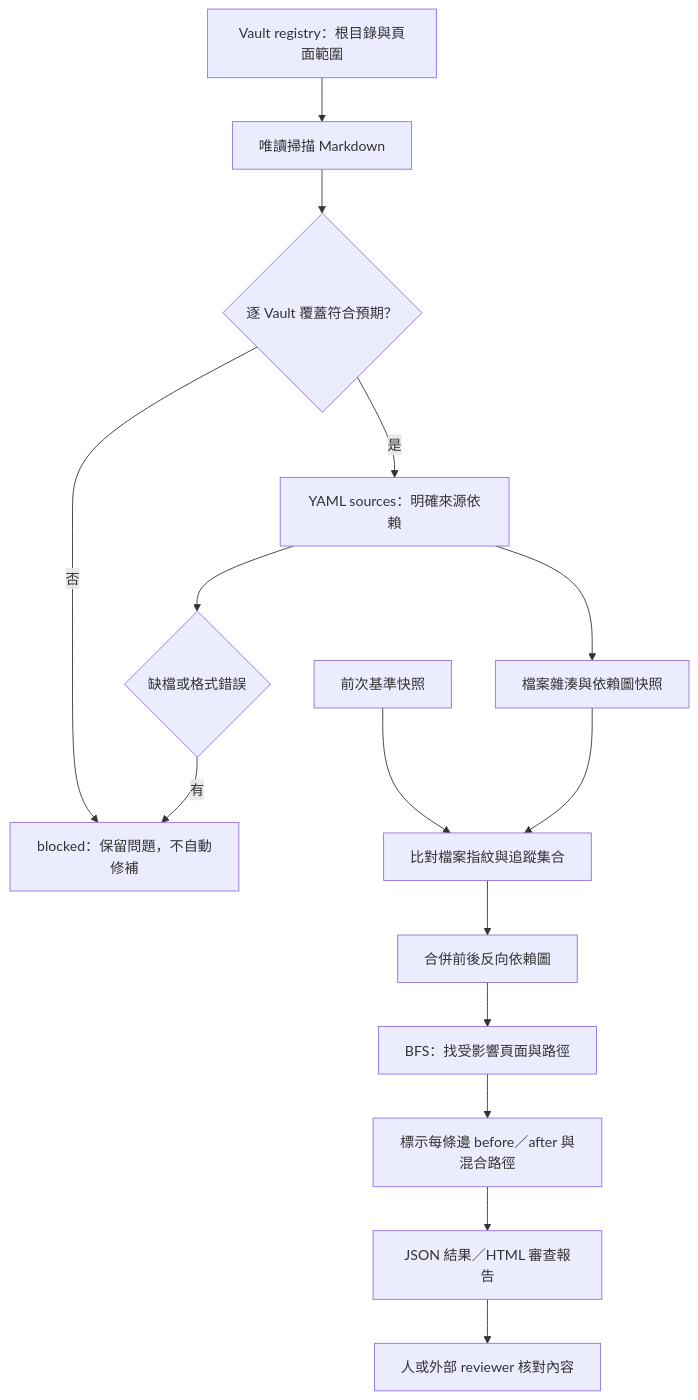
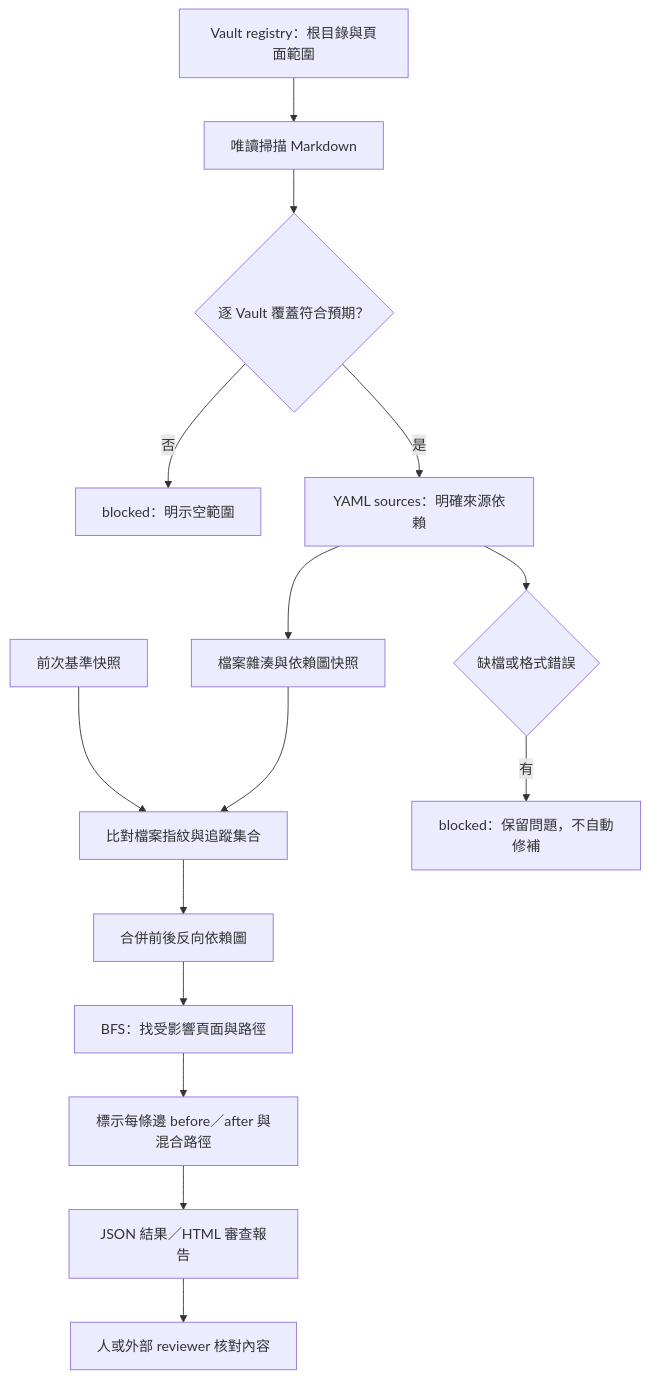
Before and after one commit to minxinchen/wiki-change-impact: the first of 2 diagrams in README.md, drawn with Mermaid. The commit also changed other lines of this file and 6 other files, not shown here.

````diff
--- a/README.md
+++ b/README.md
@@ -140,17 +140,17 @@
 ```mermaid
 flowchart TD
     A[Vault registry：根目錄與頁面範圍] --> B[唯讀掃描 Markdown]
     B --> BC{逐 Vault 覆蓋符合預期？}
-    BC -->|否| L[blocked：明示空範圍]
+    BC -->|否| LC[blocked：明示空範圍]
     BC -->|是| C[YAML sources：明確來源依賴]
     C --> D[檔案雜湊與依賴圖快照]
     E[前次基準快照] --> F[比對檔案指紋與追蹤集合]
     D --> F
     F --> G[合併前後反向依賴圖]
     G --> H[BFS：找受影響頁面與路徑]
     H --> HV[標示每條邊 before／after 與混合路徑]
     HV --> I[JSON 結果／HTML 審查報告]
     I --> J[人或外部 reviewer 核對內容]
     C --> K{缺檔或格式錯誤}
     K -->|有| L[blocked：保留問題，不自動修補]
 ```
````
